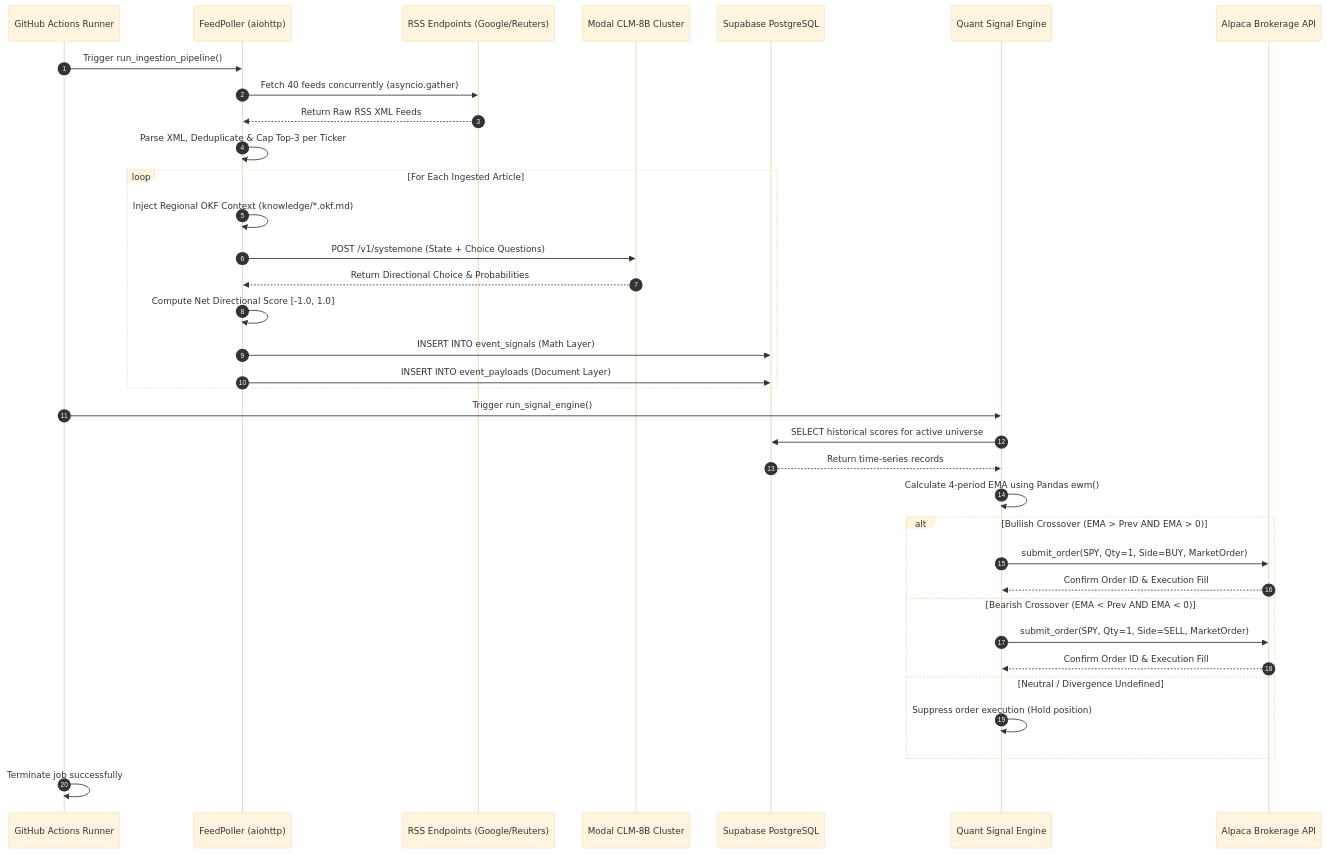
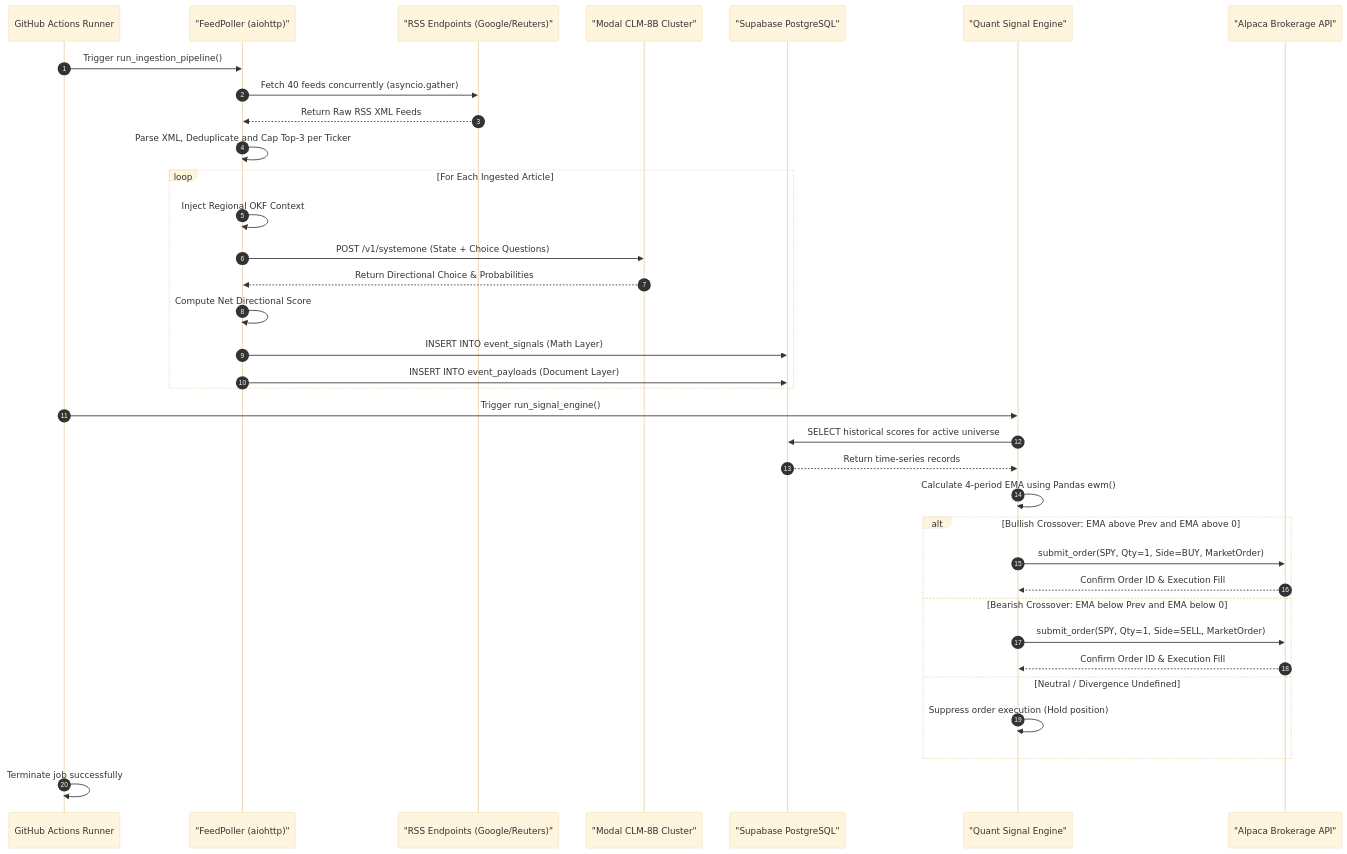
One commit to Shivam-Jha96/gsp changed the second of 3 diagrams in docs/architecture_and_workflow.md. Above: the diagram before and after it, drawn with Mermaid (base theme). The commit also changed other lines of this file and 1 other file, not shown here.

Commit message:
fix(docs): resolve Mermaid syntax errors in diagrams for GitHub rendering

````diff
--- a/docs/architecture_and_workflow.md
+++ b/docs/architecture_and_workflow.md
@@ -128,38 +128,38 @@
 ```mermaid
 sequenceDiagram
     autonumber
     participant GHA as GitHub Actions Runner
-    participant POL as FeedPoller (aiohttp)
-    participant RSS as RSS Endpoints (Google/Reuters)
-    participant CLM as Modal CLM-8B Cluster
-    participant DB as Supabase PostgreSQL
-    participant SIG as Quant Signal Engine
-    participant ALP as Alpaca Brokerage API
+    participant POL as "FeedPoller (aiohttp)"
+    participant RSS as "RSS Endpoints (Google/Reuters)"
+    participant CLM as "Modal CLM-8B Cluster"
+    participant DB as "Supabase PostgreSQL"
+    participant SIG as "Quant Signal Engine"
+    participant ALP as "Alpaca Brokerage API"
 
     GHA->>POL: Trigger run_ingestion_pipeline()
     POL->>RSS: Fetch 40 feeds concurrently (asyncio.gather)
     RSS-->>POL: Return Raw RSS XML Feeds
-    POL->>POL: Parse XML, Deduplicate & Cap Top-3 per Ticker
+    POL->>POL: Parse XML, Deduplicate and Cap Top-3 per Ticker
     loop For Each Ingested Article
-        POL->>POL: Inject Regional OKF Context (knowledge/*.okf.md)
+        POL->>POL: Inject Regional OKF Context
         POL->>CLM: POST /v1/systemone (State + Choice Questions)
         CLM-->>POL: Return Directional Choice & Probabilities
-        POL->>POL: Compute Net Directional Score [-1.0, 1.0]
+        POL->>POL: Compute Net Directional Score
         POL->>DB: INSERT INTO event_signals (Math Layer)
         POL->>DB: INSERT INTO event_payloads (Document Layer)
     end
     GHA->>SIG: Trigger run_signal_engine()
     SIG->>DB: SELECT historical scores for active universe
     DB-->>SIG: Return time-series records
     SIG->>SIG: Calculate 4-period EMA using Pandas ewm()
-    alt Bullish Crossover (EMA > Prev AND EMA > 0)
+    alt Bullish Crossover: EMA above Prev and EMA above 0
         SIG->>ALP: submit_order(SPY, Qty=1, Side=BUY, MarketOrder)
         ALP-->>SIG: Confirm Order ID & Execution Fill
-    else Bearish Crossover (EMA < Prev AND EMA < 0)
+    else Bearish Crossover: EMA below Prev and EMA below 0
         SIG->>ALP: submit_order(SPY, Qty=1, Side=SELL, MarketOrder)
         ALP-->>SIG: Confirm Order ID & Execution Fill
     else Neutral / Divergence Undefined
         SIG->>SIG: Suppress order execution (Hold position)
     end
     GHA->>GHA: Terminate job successfully
 ```
````
